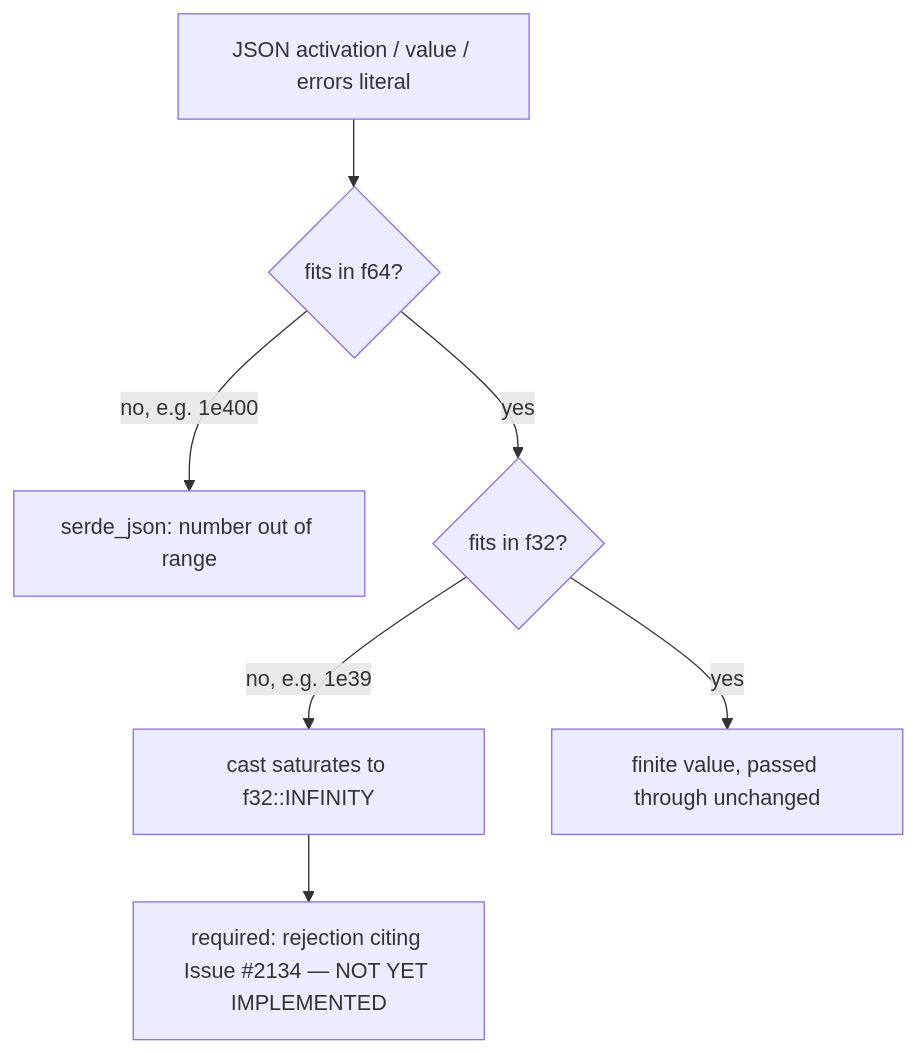
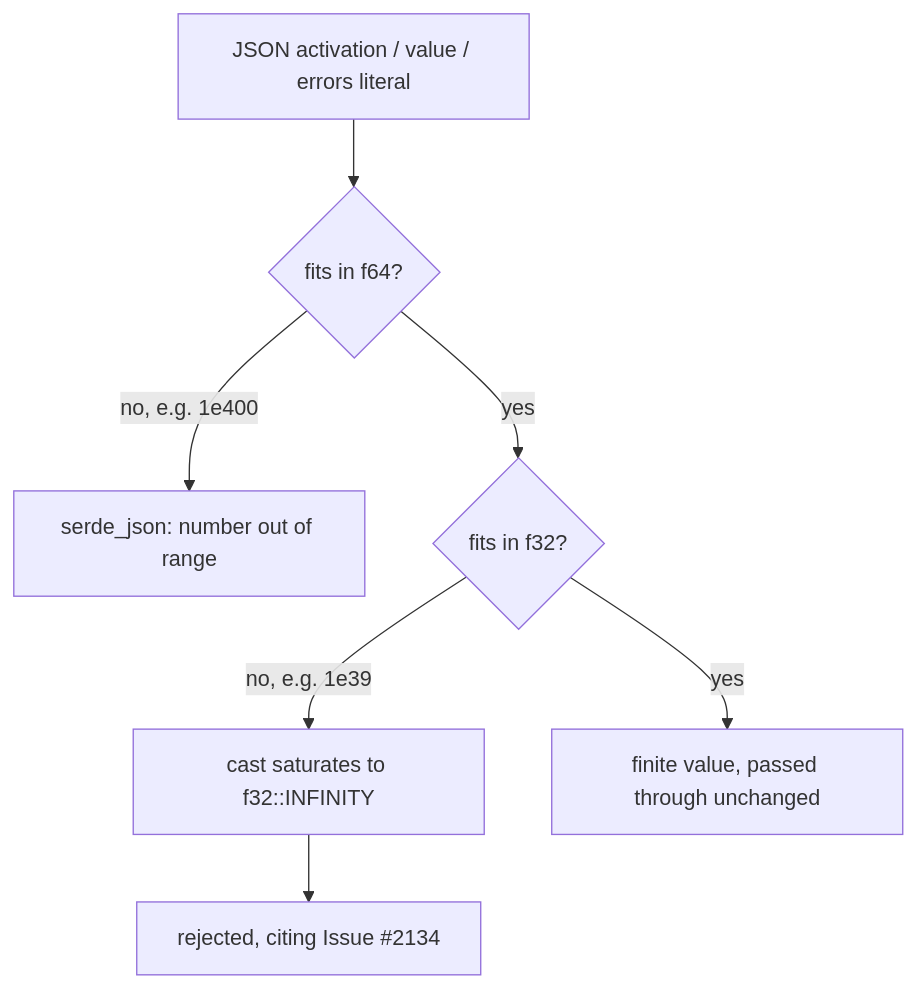
Before and after one commit to stSoftwareAU/NEAT-AI-Discovery: the diagram in docs/archive/pr-summaries/pr-summary-2134.md, drawn with Mermaid. The commit also changed other lines of this file and 1 other file, not shown here.

First line of the commit message:
Reject non-finite NeuronData floats at the FFI boundary (Issue #2134)

````diff
--- a/docs/archive/pr-summaries/pr-summary-2134.md
+++ b/docs/archive/pr-summaries/pr-summary-2134.md
@@ -30,9 +27,9 @@
 ```mermaid
 flowchart TD
     A["JSON activation / value / errors literal"] --> B{"fits in f64?"}
     B -- "no, e.g. 1e400" --> C["serde_json: number out of range"]
     B -- yes --> D{"fits in f32?"}
     D -- "no, e.g. 1e39" --> E["cast saturates to f32::INFINITY"]
-    E --> F["required: rejection citing Issue #2134 — NOT YET IMPLEMENTED"]
+    E --> F["rejected, citing Issue #2134"]
     D -- yes --> G["finite value, passed through unchanged"]
 ```
````
